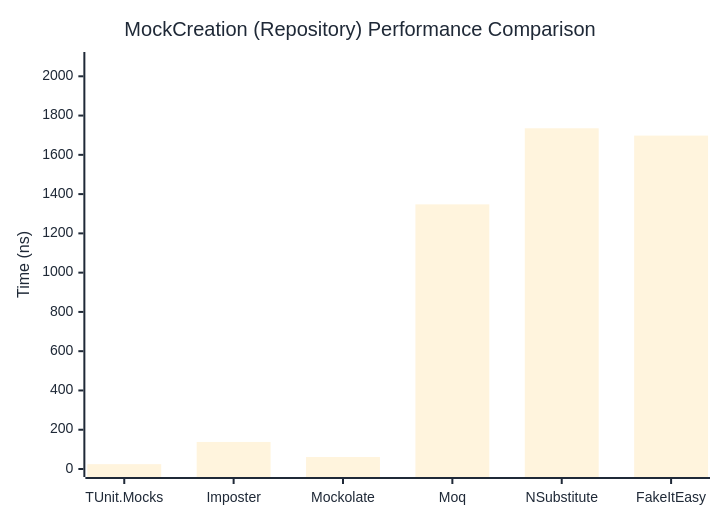
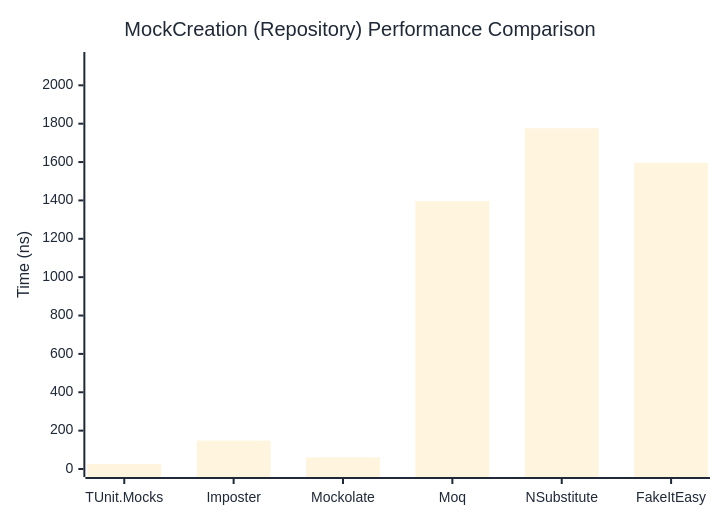
Before and after one commit to thomhurst/TUnit: the second of 2 diagrams in docs/docs/benchmarks/mocks/MockCreation.md, drawn with Mermaid. The commit also changed other lines of this file and 14 other files, not shown here.

````diff
--- a/docs/docs/benchmarks/mocks/MockCreation.md
+++ b/docs/docs/benchmarks/mocks/MockCreation.md
@@ -69,27 +69,27 @@
 ```mermaid
 %%{init: {
   'theme':'base',
   'themeVariables': {
     'primaryColor': '#2563eb',
     'primaryTextColor': '#1f2937',
     'primaryBorderColor': '#1e40af',
     'lineColor': '#6b7280',
     'secondaryColor': '#7c3aed',
     'tertiaryColor': '#dc2626',
     'background': '#ffffff',
     'pie1': '#2563eb',
     'pie2': '#7c3aed',
     'pie3': '#dc2626',
     'pie4': '#f59e0b',
     'pie5': '#10b981',
     'pie6': '#06b6d4',
     'pie7': '#ec4899',
     'pie8': '#6366f1'
   }
 }}%%
 xychart-beta
   title "MockCreation (Repository) Performance Comparison"
   x-axis ["TUnit.Mocks", "Imposter", "Mockolate", "Moq", "NSubstitute", "FakeItEasy"]
-  y-axis "Time (ns)" 0 --> 2083
-  bar [24.62, 137.68, 60.99, 1347.79, 1735.34, 1698.01]
+  y-axis "Time (ns)" 0 --> 2132
+  bar [26.07, 148.01, 60.76, 1396.87, 1776.02, 1595.96]
 ```
````
